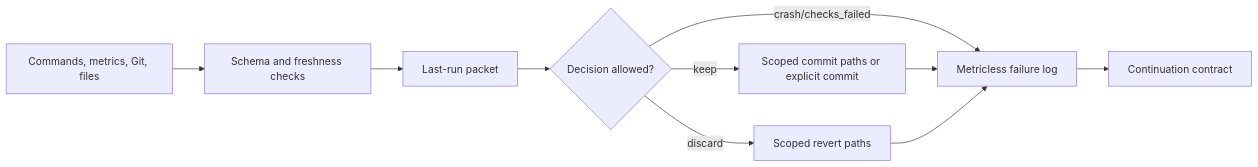
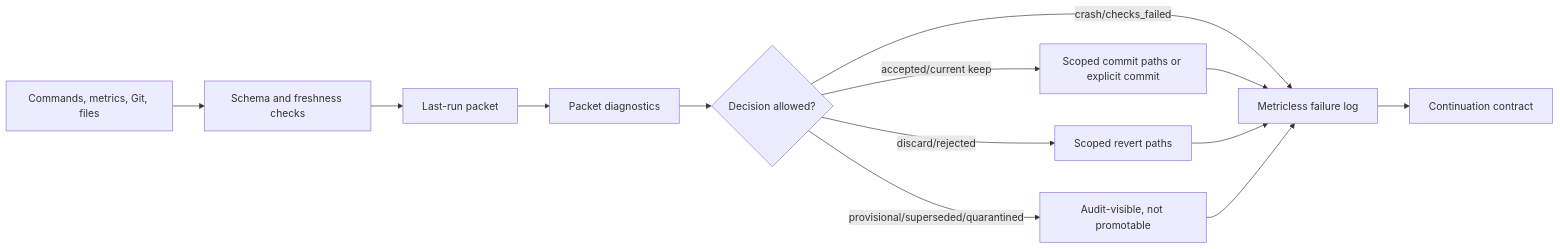
Before and after one commit to TheGreenCedar/codex-autoresearch: the third of 8 diagrams in plugins/codex-autoresearch/docs/architecture.md, drawn with Mermaid. The commit also changed other lines of this file and 17 other files, not shown here.

````diff
--- a/plugins/codex-autoresearch/docs/architecture.md
+++ b/plugins/codex-autoresearch/docs/architecture.md
@@ -30,12 +50,15 @@
 ```mermaid
 flowchart LR
   Inputs["Commands, metrics, Git, files"] --> Validate["Schema and freshness checks"]
   Validate --> Packet["Last-run packet"]
-  Packet --> Decision{"Decision allowed?"}
-  Decision -- "keep" --> ScopedGit["Scoped commit paths or explicit commit"]
-  Decision -- "discard" --> ScopedRevert["Scoped revert paths"]
+  Packet --> Diagnostics["Packet diagnostics"]
+  Diagnostics --> Decision{"Decision allowed?"}
+  Decision -- "accepted/current keep" --> ScopedGit["Scoped commit paths or explicit commit"]
+  Decision -- "discard/rejected" --> ScopedRevert["Scoped revert paths"]
+  Decision -- "provisional/superseded/quarantined" --> AuditOnly["Audit-visible, not promotable"]
   Decision -- "crash/checks_failed" --> Ledger["Metricless failure log"]
   ScopedGit --> Ledger
   ScopedRevert --> Ledger
+  AuditOnly --> Ledger
   Ledger --> Continuation["Continuation contract"]
 ```
````
